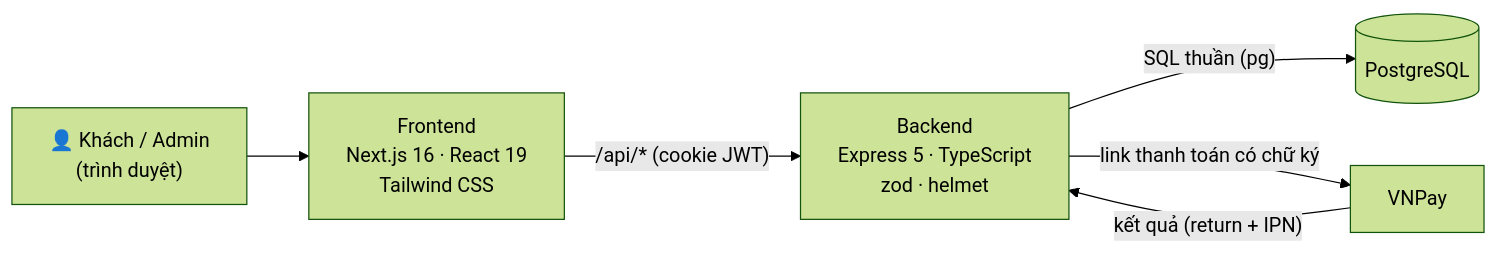
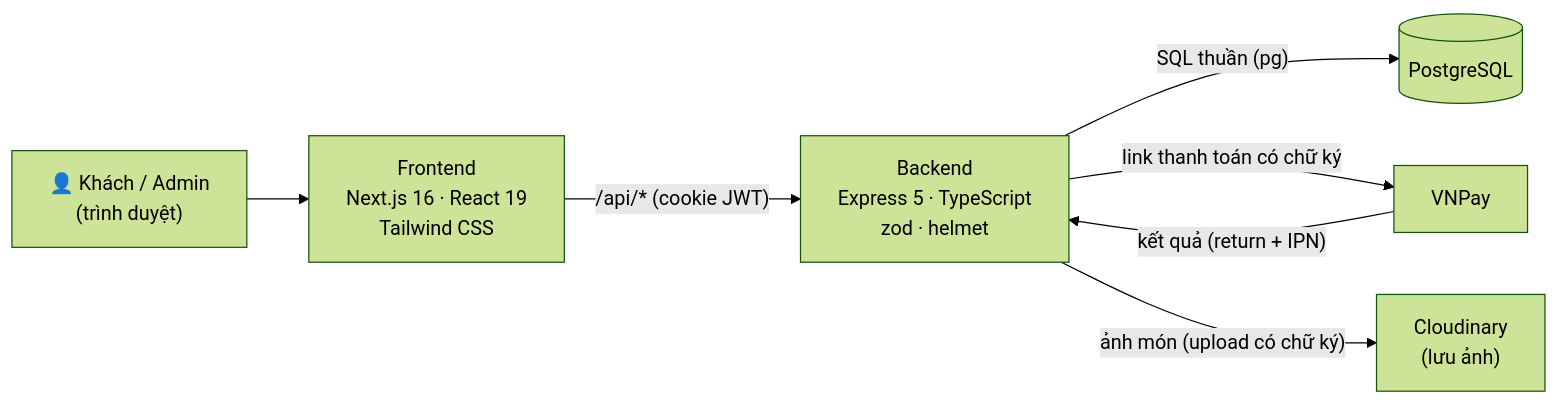
The diagram in README.md (Kaito1412Hung/hung-cafe), drawn with Mermaid (forest theme) before and after one commit. The commit also changed other lines of this file and 13 other files, not shown here.

First line of the commit message:
Tài liệu API bằng Swagger + lưu ảnh món trên Cloudinary

````diff
--- a/README.md
+++ b/README.md
@@ -52,8 +54,9 @@
 ```mermaid
 flowchart LR
     U["👤 Khách / Admin<br/>(trình duyệt)"] --> F["Frontend<br/>Next.js 16 · React 19<br/>Tailwind CSS"]
     F -- "/api/* (cookie JWT)" --> B["Backend<br/>Express 5 · TypeScript<br/>zod · helmet"]
     B -- "SQL thuần (pg)" --> D[("PostgreSQL")]
     B -- "link thanh toán có chữ ký" --> V["VNPay"]
     V -- "kết quả (return + IPN)" --> B
+    B -- "ảnh món (upload có chữ ký)" --> C["Cloudinary<br/>(lưu ảnh)"]
 ```
````
